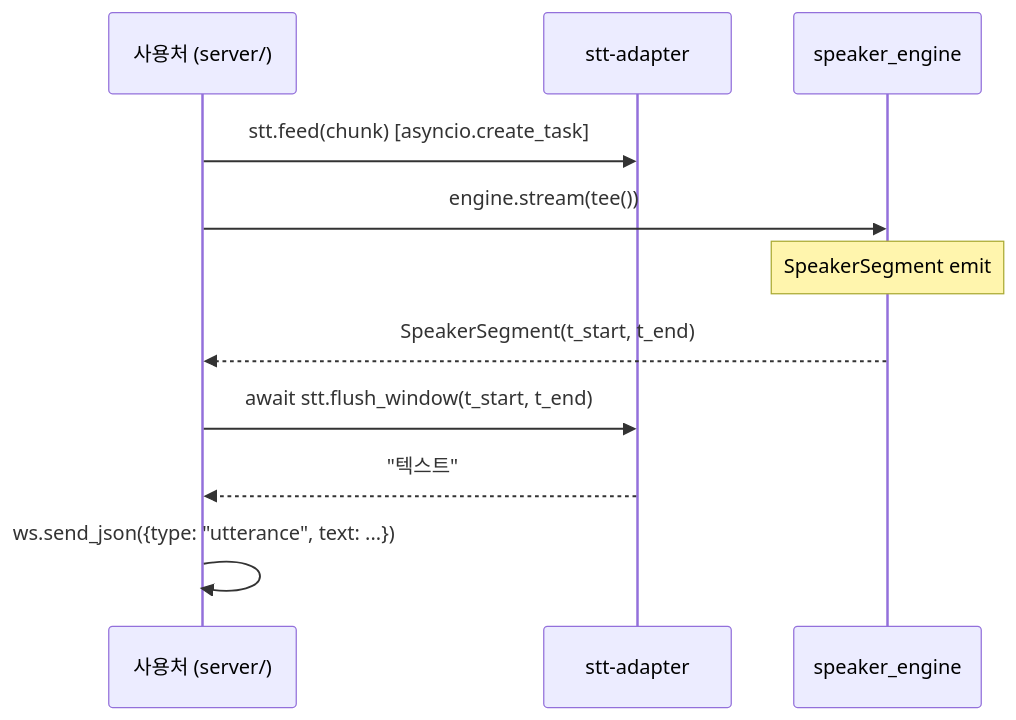
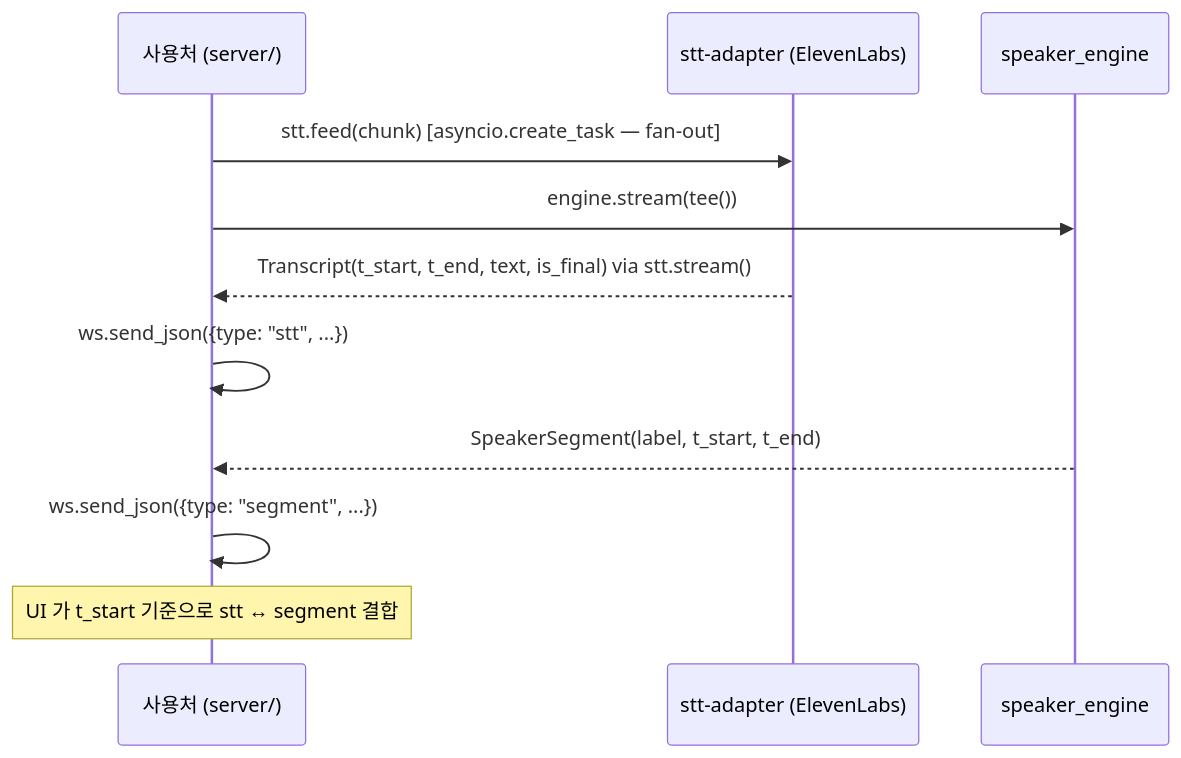
One commit to kknaks/seperate_void_streaming changed the diagram in medi_docs/current/spec/spec-06-stt-adapter.md. Above: the diagram before and after it, drawn with Mermaid. The commit also changed other lines of this file and 3 other files, not shown here.

First line of the commit message:
docs(v04): STT streaming 재설계 — flush_window 폐기 + ElevenLabs (PLAN-004-T-007)

````diff
--- a/medi_docs/current/spec/spec-06-stt-adapter.md
+++ b/medi_docs/current/spec/spec-06-stt-adapter.md
@@ -117,14 +121,17 @@
 ```mermaid
 sequenceDiagram
     participant App as 사용처 (server/)
-    participant STT as stt-adapter
+    participant STT as stt-adapter (ElevenLabs)
     participant Eng as speaker_engine
 
-    App->>STT: stt.feed(chunk) [asyncio.create_task]
+    App->>STT: stt.feed(chunk) [asyncio.create_task — fan-out]
     App->>Eng: engine.stream(tee())
-    Note over Eng: SpeakerSegment emit
-    Eng-->>App: SpeakerSegment(t_start, t_end)
-    App->>STT: await stt.flush_window(t_start, t_end)
-    STT-->>App: "텍스트"
-    App->>App: ws.send_json({type: "utterance", text: ...})
+
+    STT-->>App: Transcript(t_start, t_end, text, is_final) via stt.stream()
+    App->>App: ws.send_json({type: "stt", ...})
+
+    Eng-->>App: SpeakerSegment(label, t_start, t_end)
+    App->>App: ws.send_json({type: "segment", ...})
+
+    Note over App: UI 가 t_start 기준으로 stt ↔ segment 결합
 ```
````
